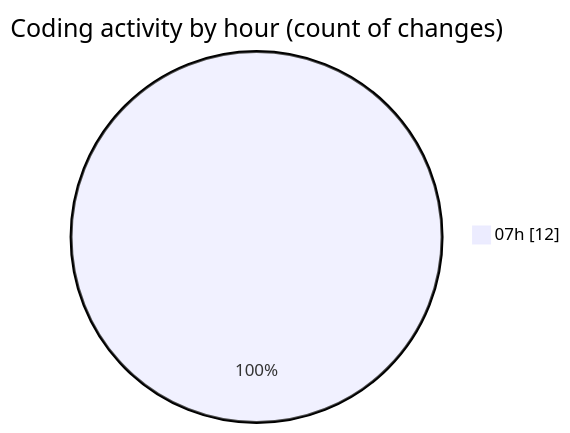
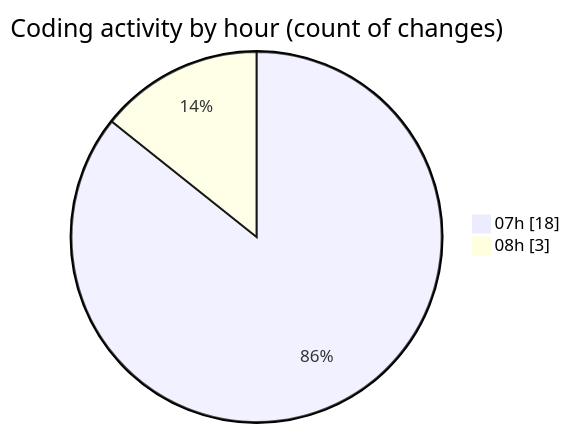
Before and after one commit to robertbonfada/code-tracking: the second of 2 diagrams in 2025-02-03/mbc-web/README.md, drawn with Mermaid. The commit also changed other lines of this file and 1 other file, not shown here.

````diff
--- a/2025-02-03/mbc-web/README.md
+++ b/2025-02-03/mbc-web/README.md
@@ -32,5 +34,6 @@
 ```mermaid
 pie showData
 title Coding activity by hour (count of changes)
-"07h" : 12
+"07h" : 18
+"08h" : 3
 ```
````
